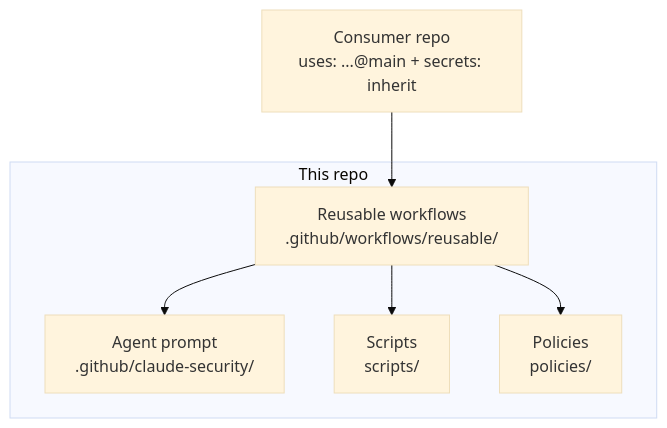
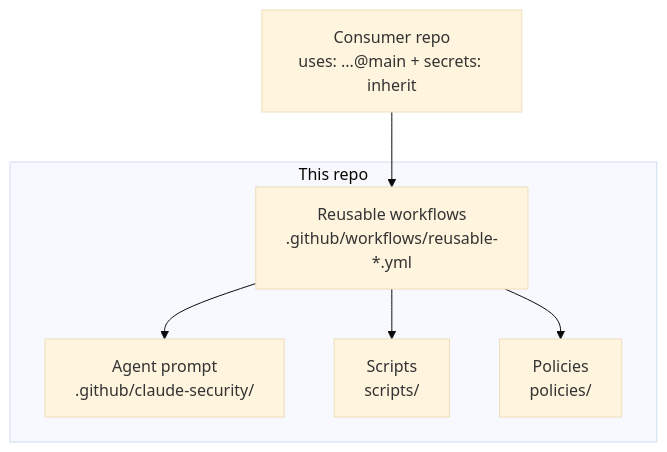
The diagram in docs/getting-started.md (Mpurushotham/claude-security-agent), drawn with Mermaid (base theme) before and after one commit. The commit also changed other lines of this file and 15 other files, not shown here.

First line of the commit message:
ci: move reusable workflows to top level of .github/workflows

````diff
--- a/docs/getting-started.md
+++ b/docs/getting-started.md
@@ -18,13 +18,13 @@
 ```mermaid
 flowchart TD
   subgraph This repo
     P[Agent prompt<br/>.github/claude-security/]
-    R[Reusable workflows<br/>.github/workflows/reusable/]
+    R[Reusable workflows<br/>.github/workflows/reusable-*.yml]
     S[Scripts<br/>scripts/]
     POL[Policies<br/>policies/]
   end
   C[Consumer repo<br/>uses: ...@main + secrets: inherit] --> R
   R --> P
   R --> S
   R --> POL
 ```
````
